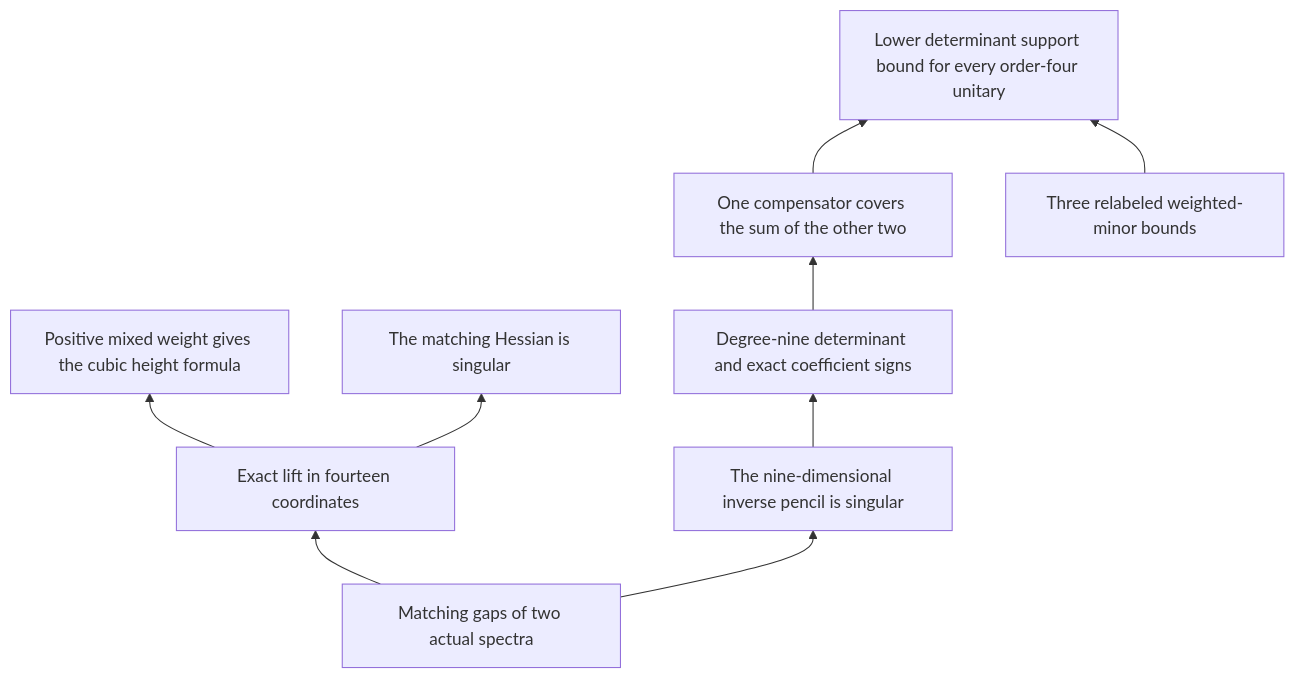
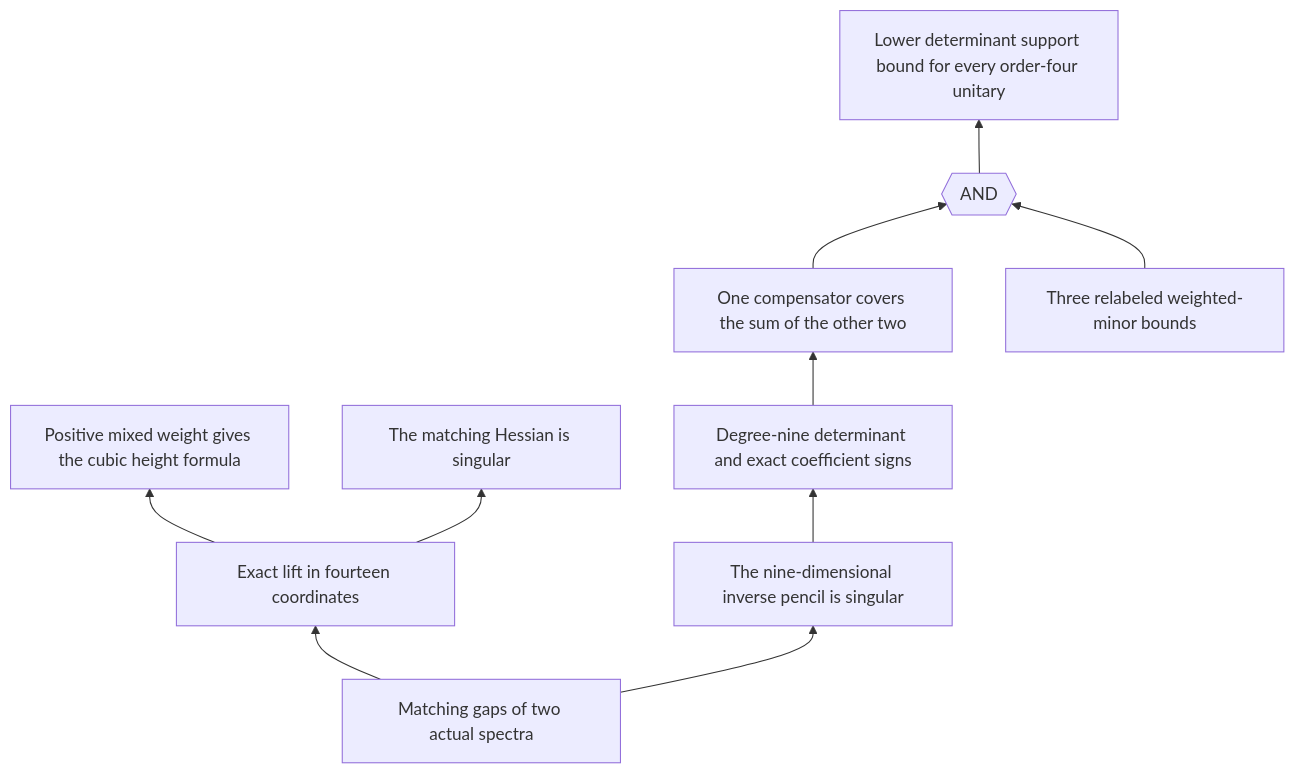
The diagram in Docs/order-four-symmetric-six-contact-proof-map.md (ascendnoosphere/MOC), drawn with Mermaid before and after one commit. The commit also changed other lines of this file and 148 other files, not shown here.

````diff
--- a/Docs/order-four-symmetric-six-contact-proof-map.md
+++ b/Docs/order-four-symmetric-six-contact-proof-map.md
@@ -23,20 +32,22 @@
 ```mermaid
 flowchart BT
     Spectral["Matching gaps of two actual spectra"]
     Lift["Exact lift in fourteen coordinates"]
     Height["Positive mixed weight gives the cubic height formula"]
     Singular["The matching Hessian is singular"]
     Inverse["The nine-dimensional inverse pencil is singular"]
     Nonic["Degree-nine determinant and exact coefficient signs"]
     Budget["One compensator covers the sum of the other two"]
     Pair["Three relabeled weighted-minor bounds"]
+    Both{{"AND"}}
     Cut["Lower determinant support bound for every order-four unitary"]
     Spectral --> Lift
     Lift --> Height
     Lift --> Singular
     Spectral --> Inverse
     Inverse --> Nonic
     Nonic --> Budget
-    Budget --> Cut
-    Pair --> Cut
+    Budget --> Both
+    Pair --> Both
+    Both --> Cut
 ```
````
